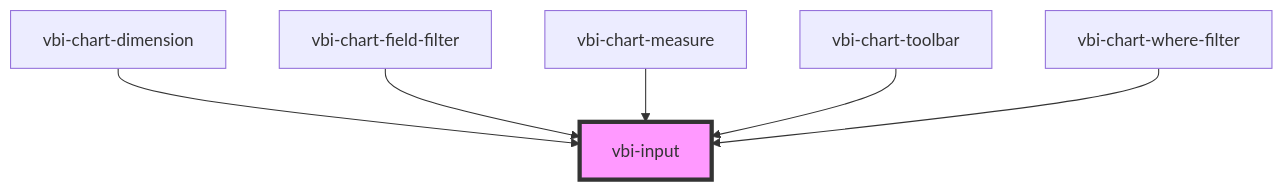
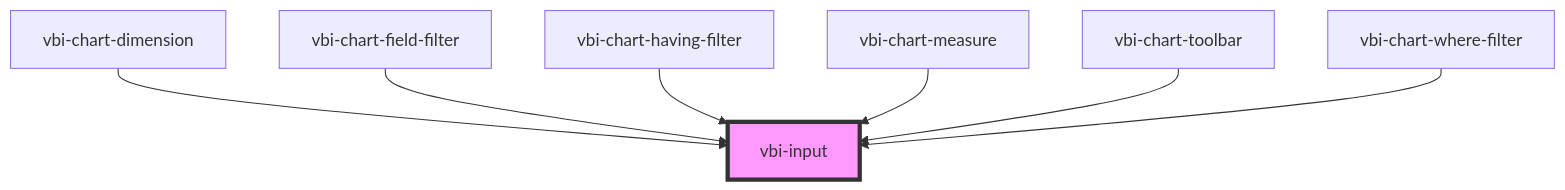
One commit to Ditto190/VBI-modme changed the diagram in packages/vbi-component/src/components/ui/vbi-input/readme.md. Above: the diagram before and after it, drawn with Mermaid. The commit also changed other lines of this file and 20 other files, not shown here.

Commit message:
feat(vbi-component): add vbi-chart-having and vbi-chart-having-filter components

````diff
--- a/packages/vbi-component/src/components/ui/vbi-input/readme.md
+++ b/packages/vbi-component/src/components/ui/vbi-input/readme.md
@@ -52,9 +53,10 @@
 ```mermaid
 graph TD;
   vbi-chart-dimension --> vbi-input
   vbi-chart-field-filter --> vbi-input
+  vbi-chart-having-filter --> vbi-input
   vbi-chart-measure --> vbi-input
   vbi-chart-toolbar --> vbi-input
   vbi-chart-where-filter --> vbi-input
   style vbi-input fill:#f9f,stroke:#333,stroke-width:4px
 ```
````
